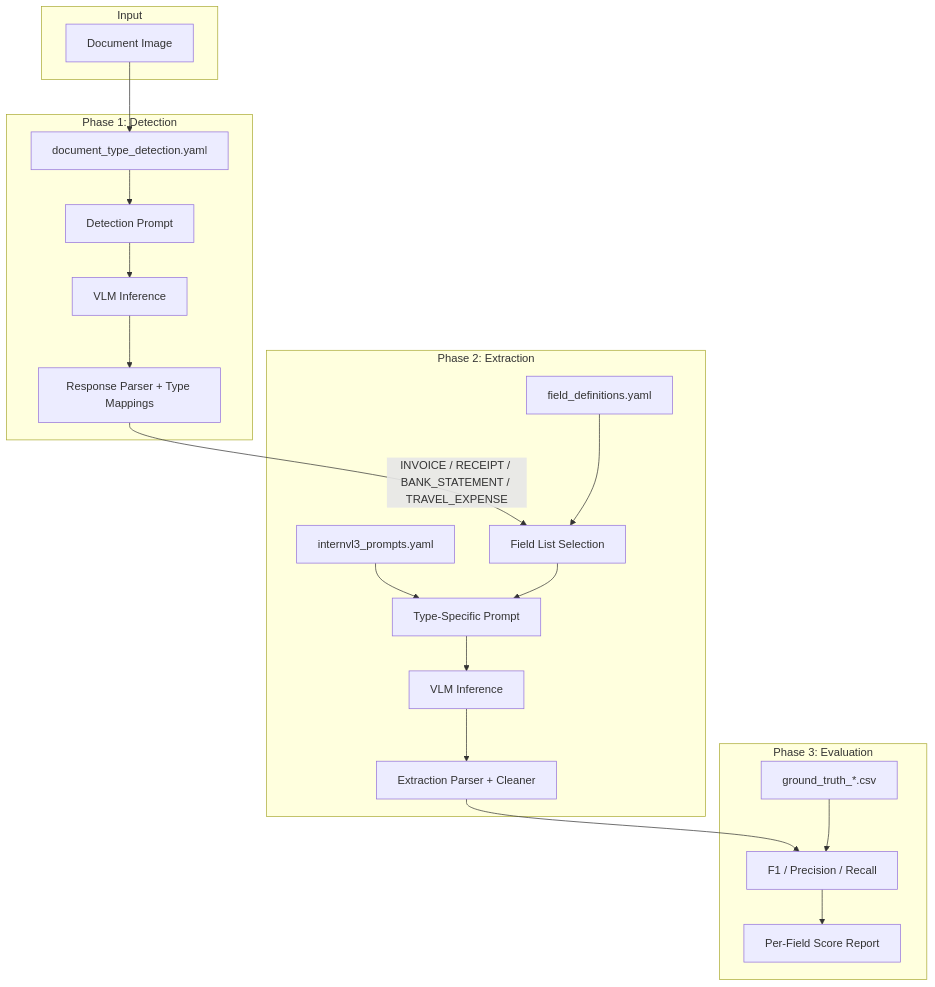
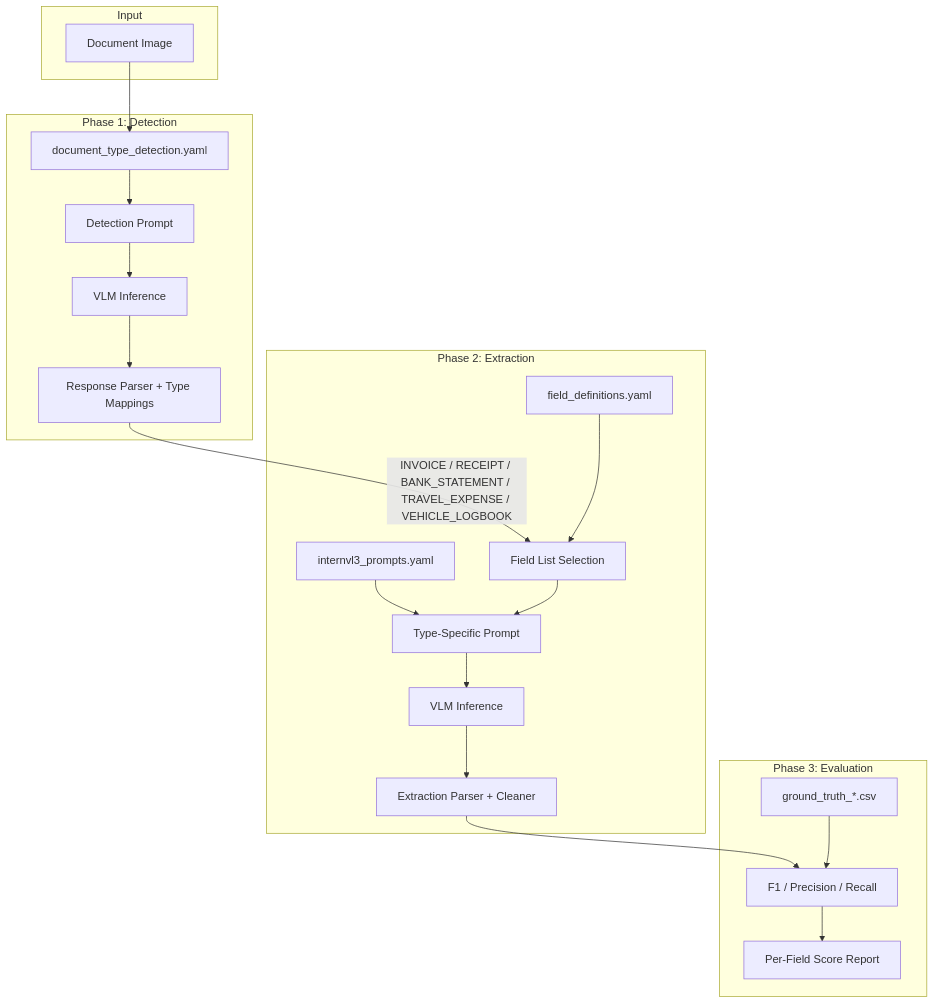
Before and after one commit to tmnestor/LMM_POC: the first of 7 diagrams in docs/CONFIG_DRIVEN_DISPATCH.md, drawn with Mermaid. The commit also changed other lines of this file, not shown here.

Commit message:
feat: Extend document processing to include Vehicle Logbook with updated configuration files

````diff
--- a/docs/CONFIG_DRIVEN_DISPATCH.md
+++ b/docs/CONFIG_DRIVEN_DISPATCH.md
@@ -21,36 +21,36 @@
 ```mermaid
 flowchart TB
     subgraph Input
         IMG["Document Image"]
     end
 
     subgraph Phase1["Phase 1: Detection"]
         DET_YAML["document_type_detection.yaml"]
         DET_PROMPT["Detection Prompt"]
         VLM_DET["VLM Inference"]
         PARSE["Response Parser + Type Mappings"]
     end
 
     subgraph Phase2["Phase 2: Extraction"]
         FD_YAML["field_definitions.yaml"]
         EXT_YAML["internvl3_prompts.yaml"]
         FIELD_SEL["Field List Selection"]
         EXT_PROMPT["Type-Specific Prompt"]
         VLM_EXT["VLM Inference"]
         PARSER["Extraction Parser + Cleaner"]
     end
 
     subgraph Phase3["Phase 3: Evaluation"]
         GT_CSV["ground_truth_*.csv"]
         EVAL["F1 / Precision / Recall"]
         REPORT["Per-Field Score Report"]
     end
 
     IMG --> DET_YAML --> DET_PROMPT --> VLM_DET --> PARSE
-    PARSE -- "INVOICE / RECEIPT / BANK_STATEMENT / TRAVEL_EXPENSE" --> FIELD_SEL
+    PARSE -- "INVOICE / RECEIPT / BANK_STATEMENT / TRAVEL_EXPENSE / VEHICLE_LOGBOOK" --> FIELD_SEL
     FD_YAML --> FIELD_SEL
     EXT_YAML --> EXT_PROMPT
     FIELD_SEL --> EXT_PROMPT --> VLM_EXT --> PARSER
     PARSER --> EVAL
     GT_CSV --> EVAL --> REPORT
 ```
````
